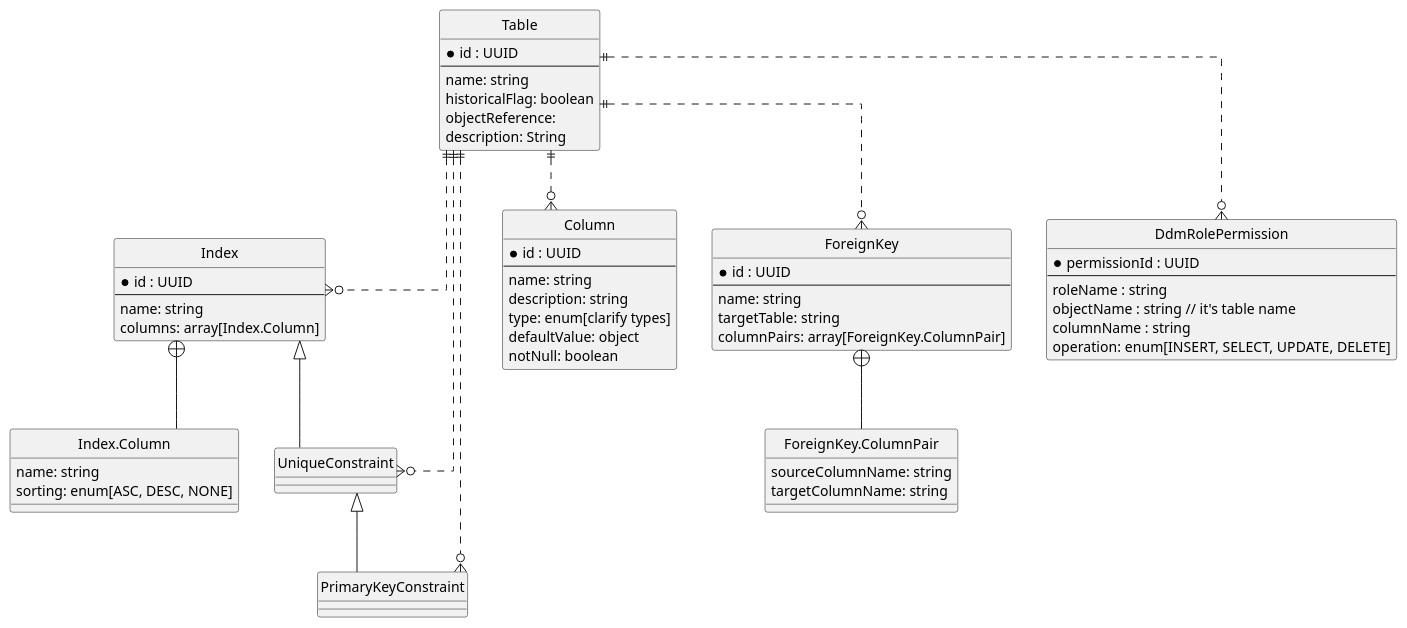
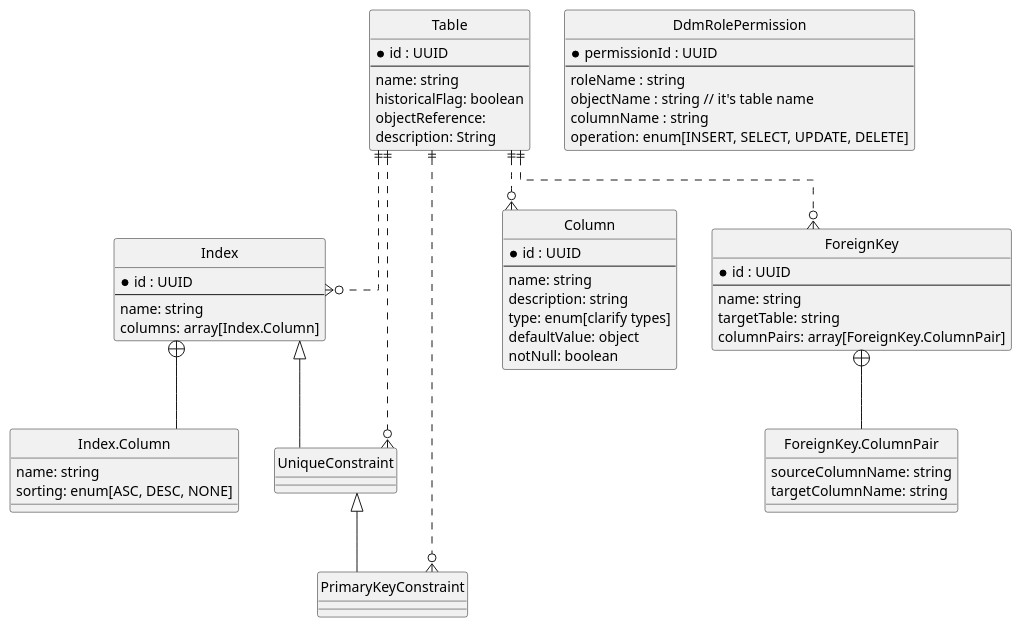
One commit to epam/edp-ddm-architecture changed the diagram in modules/tech/partials/lowcode/admin-portal/db-tables-management-er.puml. Above: the diagram before and after it, drawn with PlantUML. The commit also changed 12 other files, not shown here.

```diff
--- a/modules/tech/partials/lowcode/admin-portal/db-tables-management-er.puml
+++ b/modules/tech/partials/lowcode/admin-portal/db-tables-management-er.puml
@@ -1,74 +1,74 @@
 @startuml
 ' hide the spot
 hide circle
 
 ' avoid problems with angled crows feet
 skinparam linetype ortho
 
 entity "Table" as table {
   *id : UUID
   --
   name: string
   historicalFlag: boolean
   objectReference:
   description: String
 }
 
 entity "Index" as index {
   *id : UUID
   --
   name: string
   columns: array[Index.Column]
 }
 
 entity "Index.Column" as index_column {
   name: string
   sorting: enum[ASC, DESC, NONE]
 }
 
 entity "UniqueConstraint" as unique_constraint extends index
 
 entity "PrimaryKeyConstraint" as primary_key_constraint extends unique_constraint
 
 entity "Column" as column {
   *id : UUID
   --
   name: string
   description: string
   type: enum[clarify types]
   defaultValue: object
   notNull: boolean
 }
 
 entity "ForeignKey" as foreign_key {
   *id : UUID
   --
   name: string
   targetTable: string
   columnPairs: array[ForeignKey.ColumnPair]
 }
 
 entity "ForeignKey.ColumnPair" as foreign_key_column_pair {
   sourceColumnName: string
   targetColumnName: string
 }
 
 entity "DdmRolePermission" as ddm_role_permission {
   *permissionId : UUID
   --
   roleName : string
   objectName : string // it's table name
   columnName : string
   operation: enum[INSERT, SELECT, UPDATE, DELETE]
 }
 
 
 table ||..o{ index
 table ||..o{ column
 table ||..o{ foreign_key
 table ||..o{ unique_constraint
 table ||..o{ primary_key_constraint
-table ||..o{ ddm_role_permission
+
 foreign_key +-- foreign_key_column_pair
 index +-- index_column
 @enduml
```
